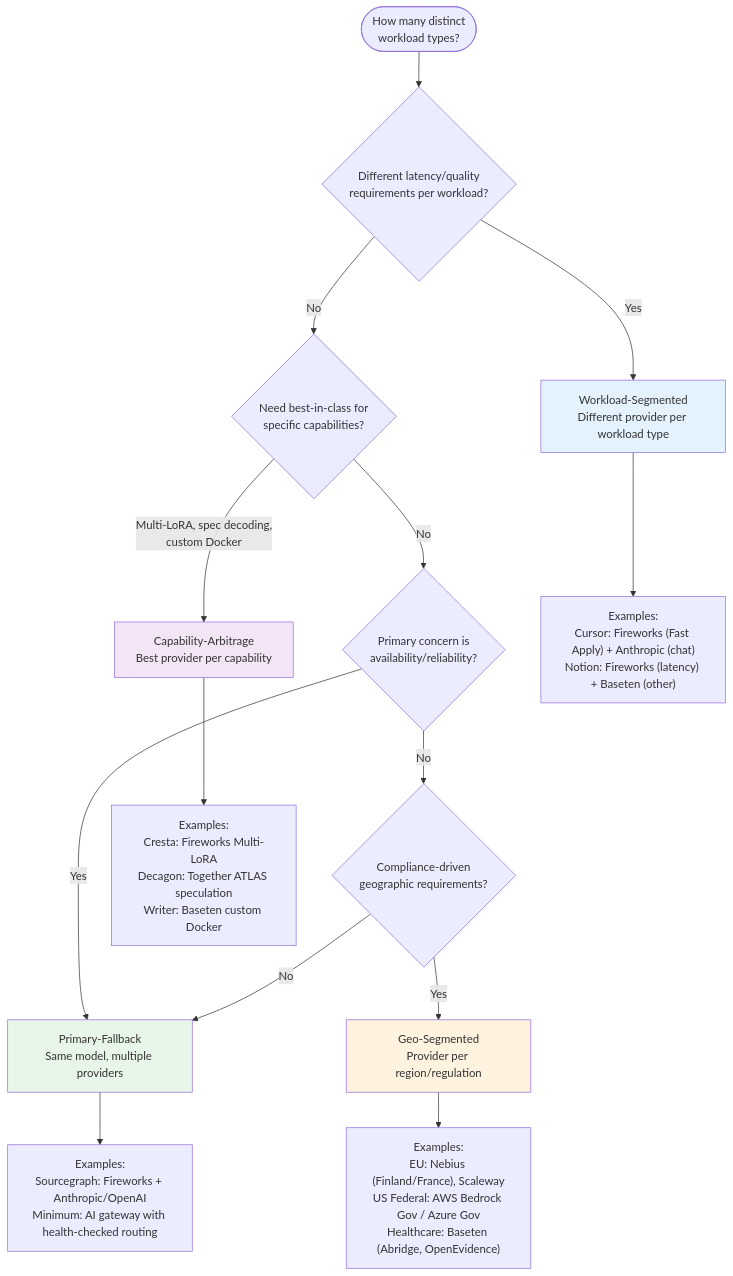
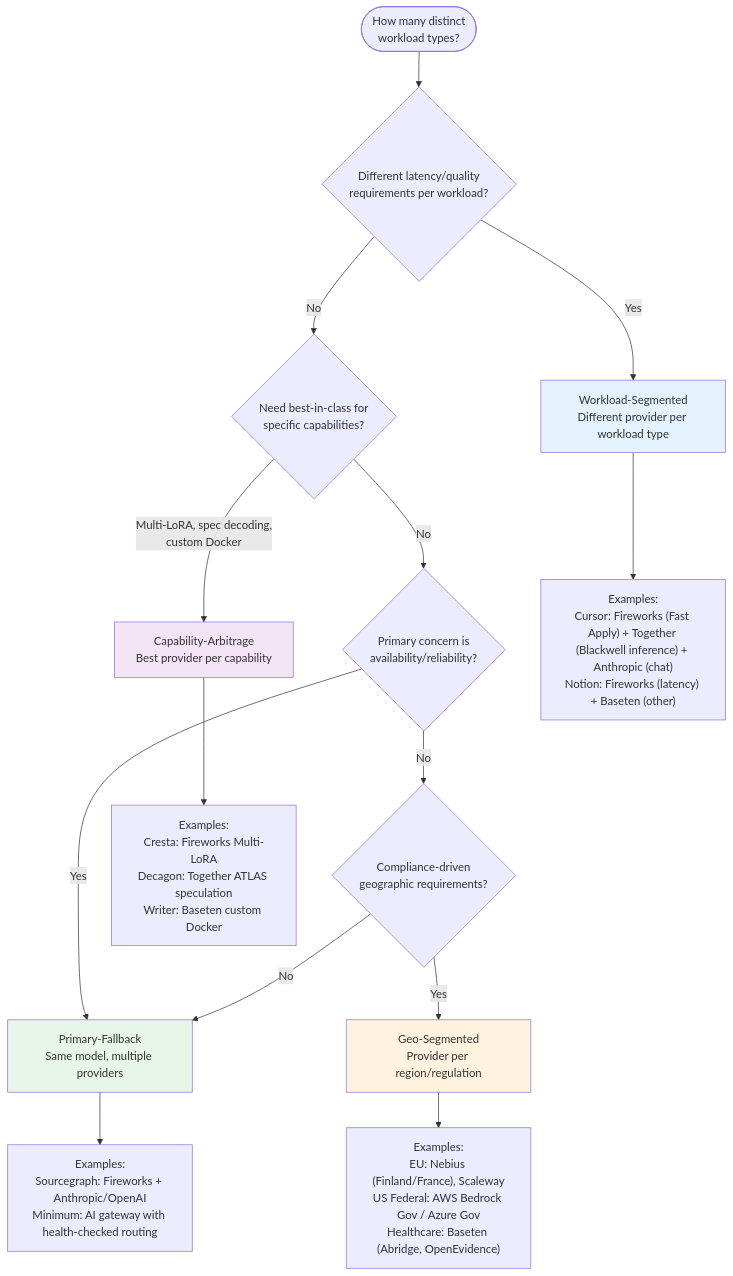
Before and after one commit to Sohailm25/inference-field-guide: the diagram in decision-trees/sourcing_patterns.md, drawn with Mermaid. The commit also changed other lines of this file and 13 other files, not shown here.

````diff
--- a/decision-trees/sourcing_patterns.md
+++ b/decision-trees/sourcing_patterns.md
@@ -5,33 +5,33 @@
 ```mermaid
 flowchart TD
     START([How many distinct<br/>workload types?]) --> Q1
 
     Q1{Different latency/quality<br/>requirements per workload?}
     Q1 -->|Yes| WS[Workload-Segmented<br/>Different provider per workload type]
     Q1 -->|No| Q2
 
     Q2{Need best-in-class for<br/>specific capabilities?}
     Q2 -->|Multi-LoRA, spec decoding,<br/>custom Docker| CA[Capability-Arbitrage<br/>Best provider per capability]
     Q2 -->|No| Q3
 
     Q3{Primary concern is<br/>availability/reliability?}
     Q3 -->|Yes| PF[Primary-Fallback<br/>Same model, multiple providers]
     Q3 -->|No| Q4
 
     Q4{Compliance-driven<br/>geographic requirements?}
     Q4 -->|Yes| GS[Geo-Segmented<br/>Provider per region/regulation]
     Q4 -->|No| PF
 
-    WS --> EXAMPLES_WS["Examples:<br/>Cursor: Fireworks (Fast Apply) + Anthropic (chat)<br/>Notion: Fireworks (latency) + Baseten (other)"]
+    WS --> EXAMPLES_WS["Examples:<br/>Cursor: Fireworks (Fast Apply) + Together (Blackwell inference) + Anthropic (chat)<br/>Notion: Fireworks (latency) + Baseten (other)"]
 
     CA --> EXAMPLES_CA["Examples:<br/>Cresta: Fireworks Multi-LoRA<br/>Decagon: Together ATLAS speculation<br/>Writer: Baseten custom Docker"]
 
     PF --> EXAMPLES_PF["Examples:<br/>Sourcegraph: Fireworks + Anthropic/OpenAI<br/>Minimum: AI gateway with health-checked routing"]
 
     GS --> EXAMPLES_GS["Examples:<br/>EU: Nebius (Finland/France), Scaleway<br/>US Federal: AWS Bedrock Gov / Azure Gov<br/>Healthcare: Baseten (Abridge, OpenEvidence)"]
 
     style WS fill:#e3f2fd
     style CA fill:#f3e5f5
     style PF fill:#e8f5e9
     style GS fill:#fff3e0
 ```
````
